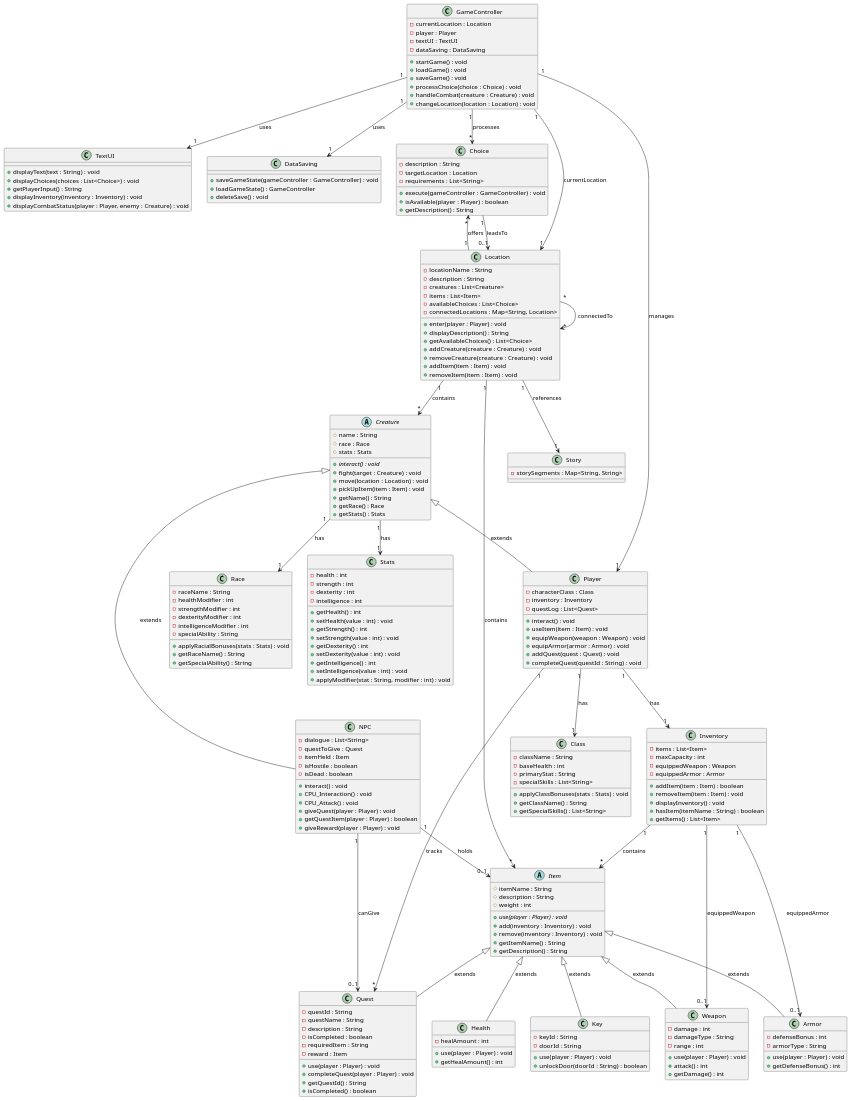
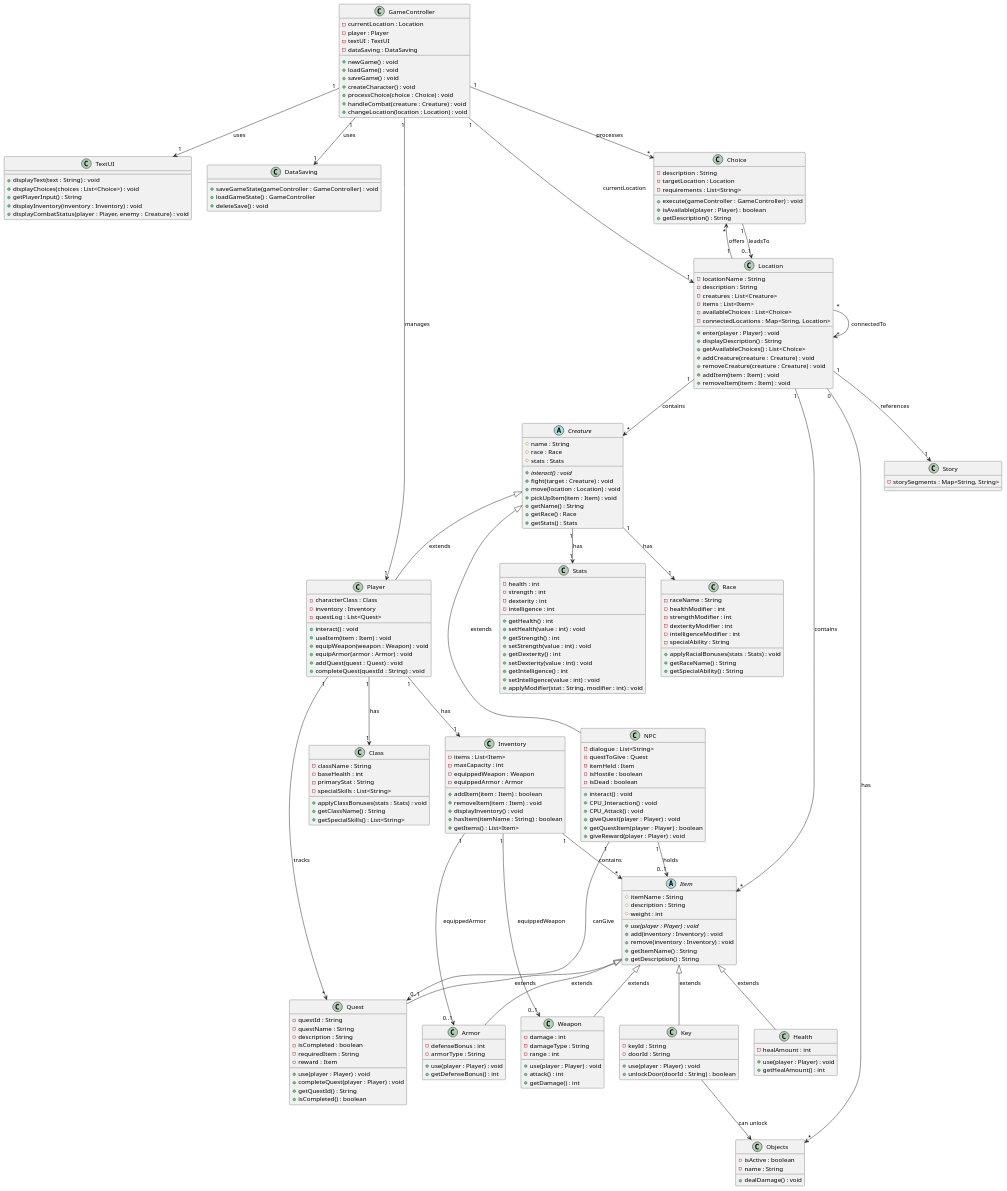
One commit to Eligoon/SP4ICE changed the diagram in doc/ClassDiagram.puml. Above: the diagram before and after it, drawn with PlantUML. The commit also changed 22 other files, not shown here.

```diff
--- a/doc/ClassDiagram.puml
+++ b/doc/ClassDiagram.puml
@@ -6,9 +6,10 @@
     - player : Player
     - textUI : TextUI
     - dataSaving : DataSaving
-    + startGame() : void
+    + newGame() : void
     + loadGame() : void
     + saveGame() : void
+    + createCharacter() : void
     + processChoice(choice : Choice) : void
     + handleCombat(creature : Creature) : void
     + changeLocation(location : Location) : void
@@ -170,6 +171,12 @@
     + getDescription() : String
 }
 
+class Objects {
+    - isActive : boolean
+    - name : String
+    + dealDamage() : void
+
+}
 class Health {
     - healAmount : int
     + use(player : Player) : void
@@ -213,8 +220,6 @@
     + isCompleted() : boolean
 }
 
-' ============ RELATIONSHIPS ============
-
 ' Game Controller relationships
 GameController "1" --> "1" Player : manages
 GameController "1" --> "1" Location : currentLocation
@@ -228,6 +233,10 @@
 Location "1" --> "*" Choice : offers
 Location "*" --> "*" Location : connectedTo
 Location "1" --> "1" Story : references
+
+' Objects relationships
+Location "0" --> "*" Objects : has
+Key --> Objects : can unlock
 
 ' Creature hierarchy
 Creature <|-- Player : extends
```
